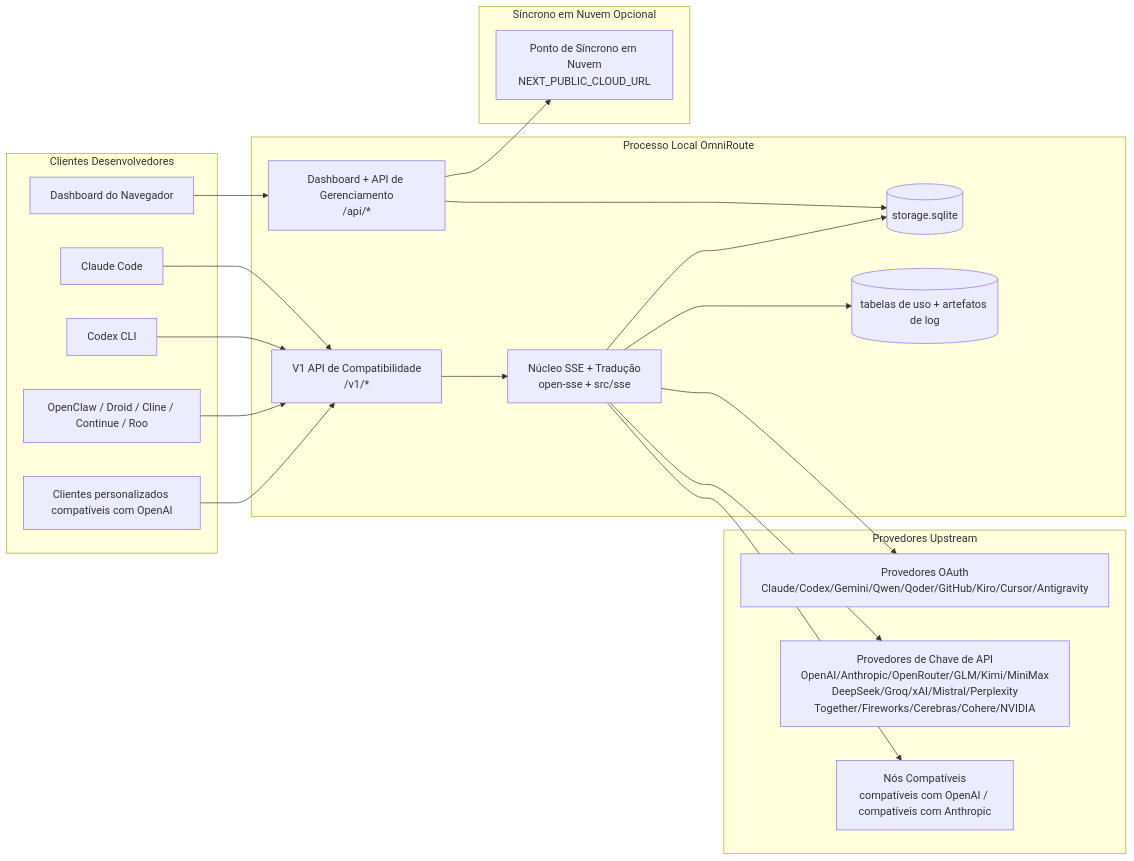
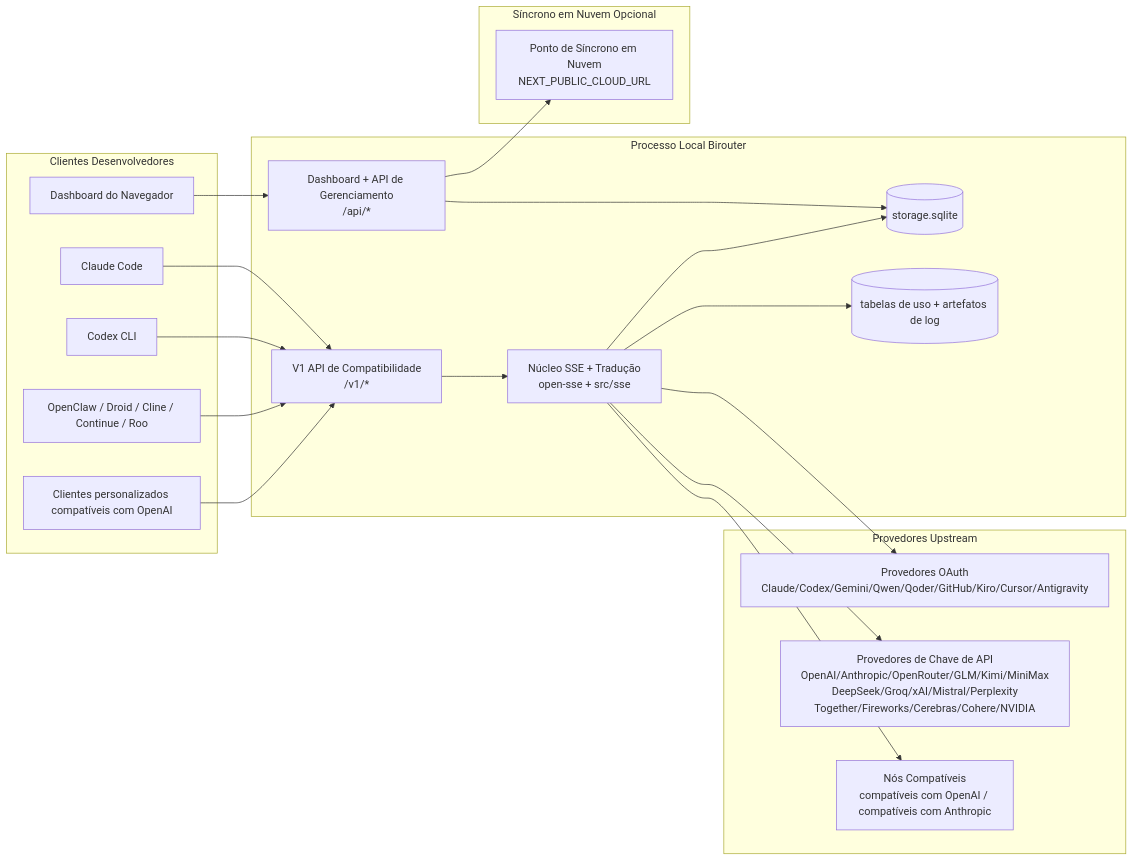
One commit to IQ-Kat/birouter changed the first of 7 diagrams in docs/i18n/pt-BR/docs/architecture/ARCHITECTURE.md. Above: the diagram before and after it, drawn with Mermaid. The commit also changed other lines of this file and 3606 other files, not shown here.

````diff
--- a/docs/i18n/pt-BR/docs/architecture/ARCHITECTURE.md
+++ b/docs/i18n/pt-BR/docs/architecture/ARCHITECTURE.md
@@ -167,45 +167,45 @@
 ```mermaid
 flowchart LR
     subgraph Clients[Clientes Desenvolvedores]
         C1[Claude Code]
         C2[Codex CLI]
         C3[OpenClaw / Droid / Cline / Continue / Roo]
         C4[Clientes personalizados compatíveis com OpenAI]
         BROWSER[Dashboard do Navegador]
     end
 
-    subgraph Router[Processo Local OmniRoute]
+    subgraph Router[Processo Local Birouter]
         API[V1 API de Compatibilidade\n/v1/*]
         DASH[Dashboard + API de Gerenciamento\n/api/*]
         CORE[Núcleo SSE + Tradução\nopen-sse + src/sse]
         DB[(storage.sqlite)]
         UDB[(tabelas de uso + artefatos de log)]
     end
 
     subgraph Upstreams[Provedores Upstream]
         P1[Provedores OAuth\nClaude/Codex/Gemini/Qwen/Qoder/GitHub/Kiro/Cursor/Antigravity]
         P2[Provedores de Chave de API\nOpenAI/Anthropic/OpenRouter/GLM/Kimi/MiniMax\nDeepSeek/Groq/xAI/Mistral/Perplexity\nTogether/Fireworks/Cerebras/Cohere/NVIDIA]
         P3[Nós Compatíveis\ncompatíveis com OpenAI / compatíveis com Anthropic]
     end
 
     subgraph Cloud[Síncrono em Nuvem Opcional]
         CLOUD[Ponto de Síncrono em Nuvem\nNEXT_PUBLIC_CLOUD_URL]
     end
 
     C1 --> API
     C2 --> API
     C3 --> API
     C4 --> API
     BROWSER --> DASH
 
     API --> CORE
     DASH --> DB
     CORE --> DB
     CORE --> UDB
 
     CORE --> P1
     CORE --> P2
     CORE --> P3
 
     DASH --> CLOUD
 ```
````
